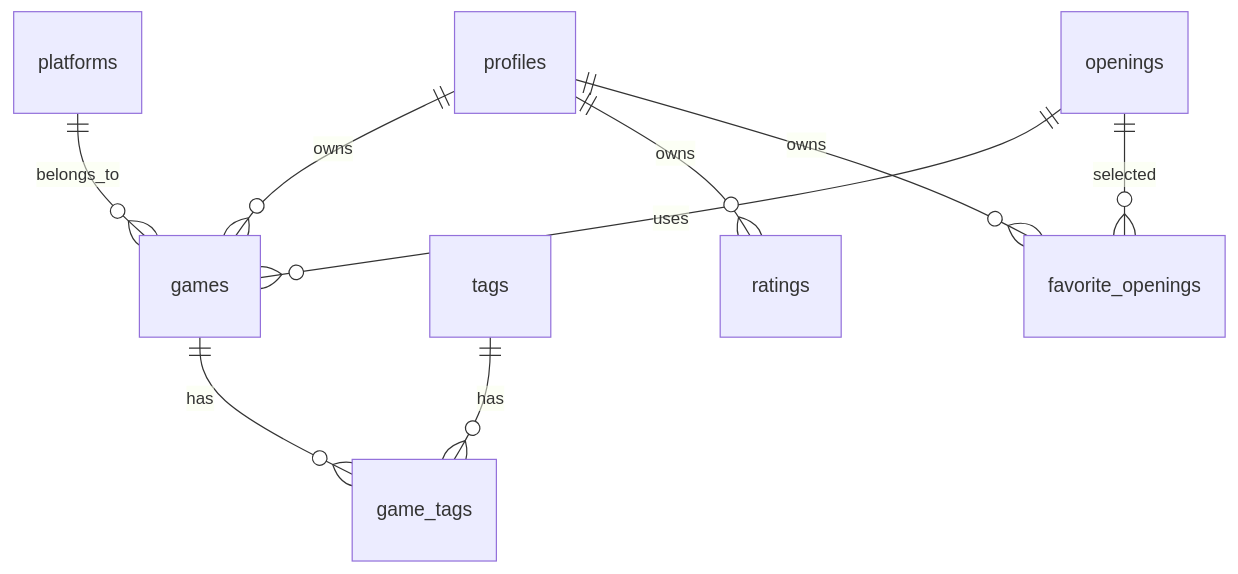
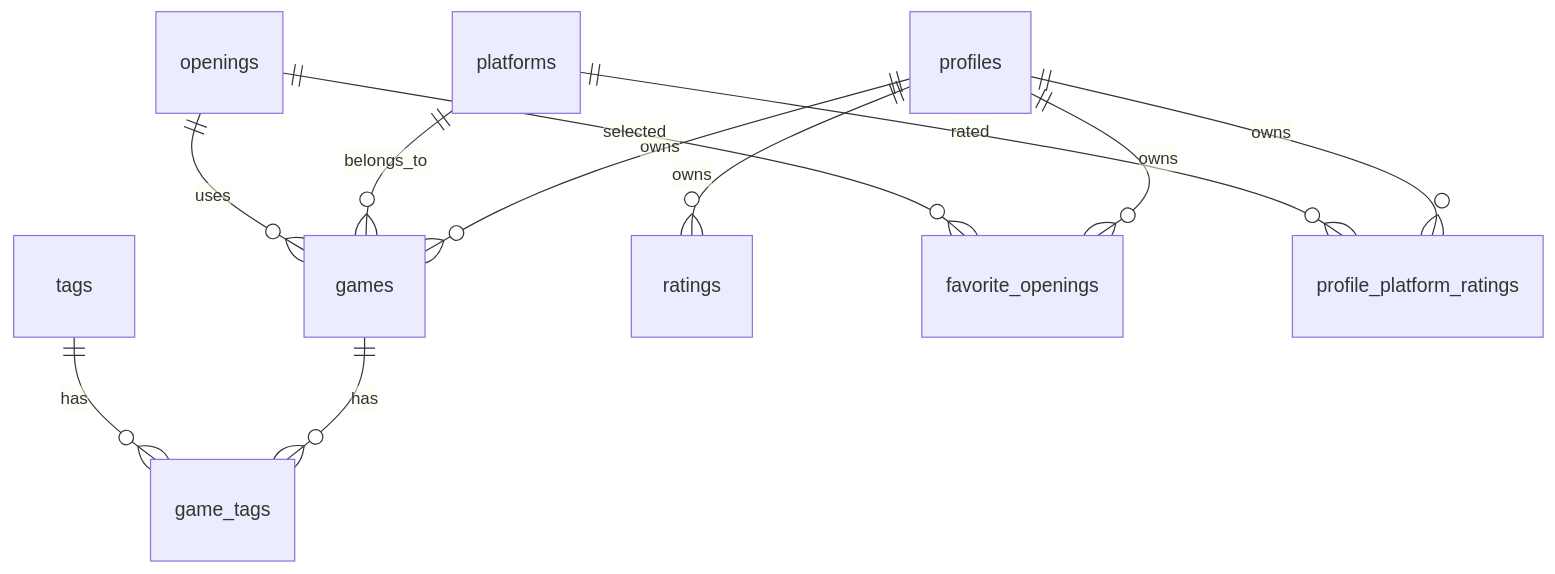
Before and after one commit to sskohei/shogilog: the diagram in docs/database.md, drawn with Mermaid. The commit also changed other lines of this file and 48 other files, not shown here.

````diff
--- a/docs/database.md
+++ b/docs/database.md
@@ -225,19 +226,23 @@
 ```mermaid
 erDiagram
 
 profiles ||--o{ games : owns
 
 platforms ||--o{ games : belongs_to
 
 openings ||--o{ games : uses
 
 games ||--o{ game_tags : has
 
 tags ||--o{ game_tags : has
 
 profiles ||--o{ ratings : owns
 
 profiles ||--o{ favorite_openings : owns
 
 openings ||--o{ favorite_openings : selected
+
+profiles ||--o{ profile_platform_ratings : owns
+
+platforms ||--o{ profile_platform_ratings : rated
 ```
````
